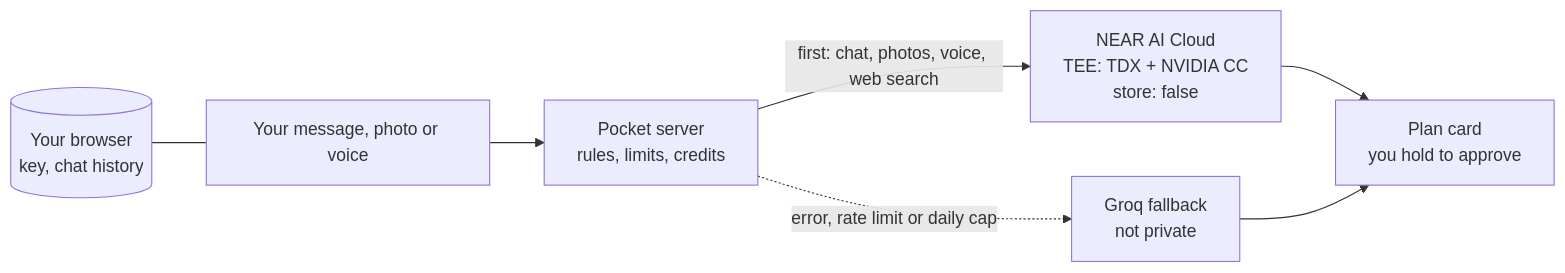
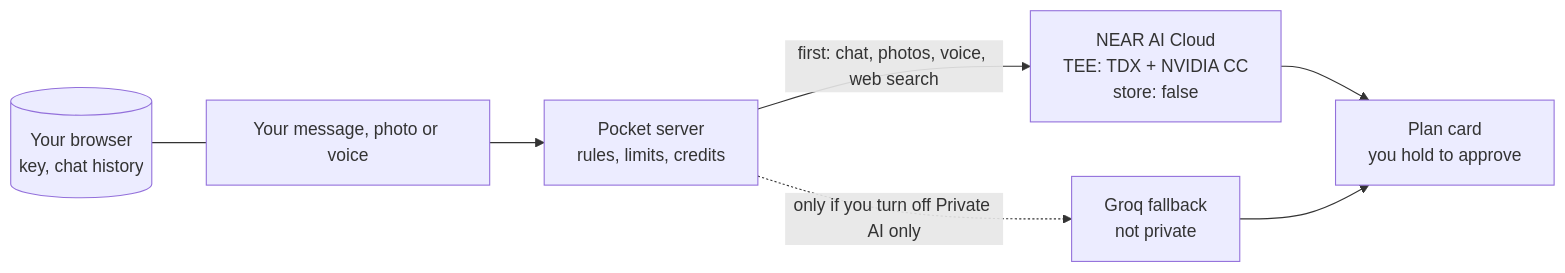
The third of 3 diagrams in README.md (henrysammarfo/pocket), drawn with Mermaid before and after one commit. The commit also changed other lines of this file and 1 other file, not shown here.

Commit message:
README: wallet v2, signed prices, shared block list, private AI only, what stays public

````diff
--- a/README.md
+++ b/README.md
@@ -213,9 +237,9 @@
 ```mermaid
 flowchart LR
   U[Your message, photo or voice] --> S[Pocket server<br/>rules, limits, credits]
   S -->|first: chat, photos, voice, web search| N[NEAR AI Cloud<br/>TEE: TDX + NVIDIA CC<br/>store: false]
-  S -.->|error, rate limit or daily cap| G[Groq fallback<br/>not private]
+  S -.->|only if you turn off Private AI only| G[Groq fallback<br/>not private]
   N --> P[Plan card<br/>you hold to approve]
   G --> P
   B[(Your browser<br/>key, chat history)] --- U
 ```
````
